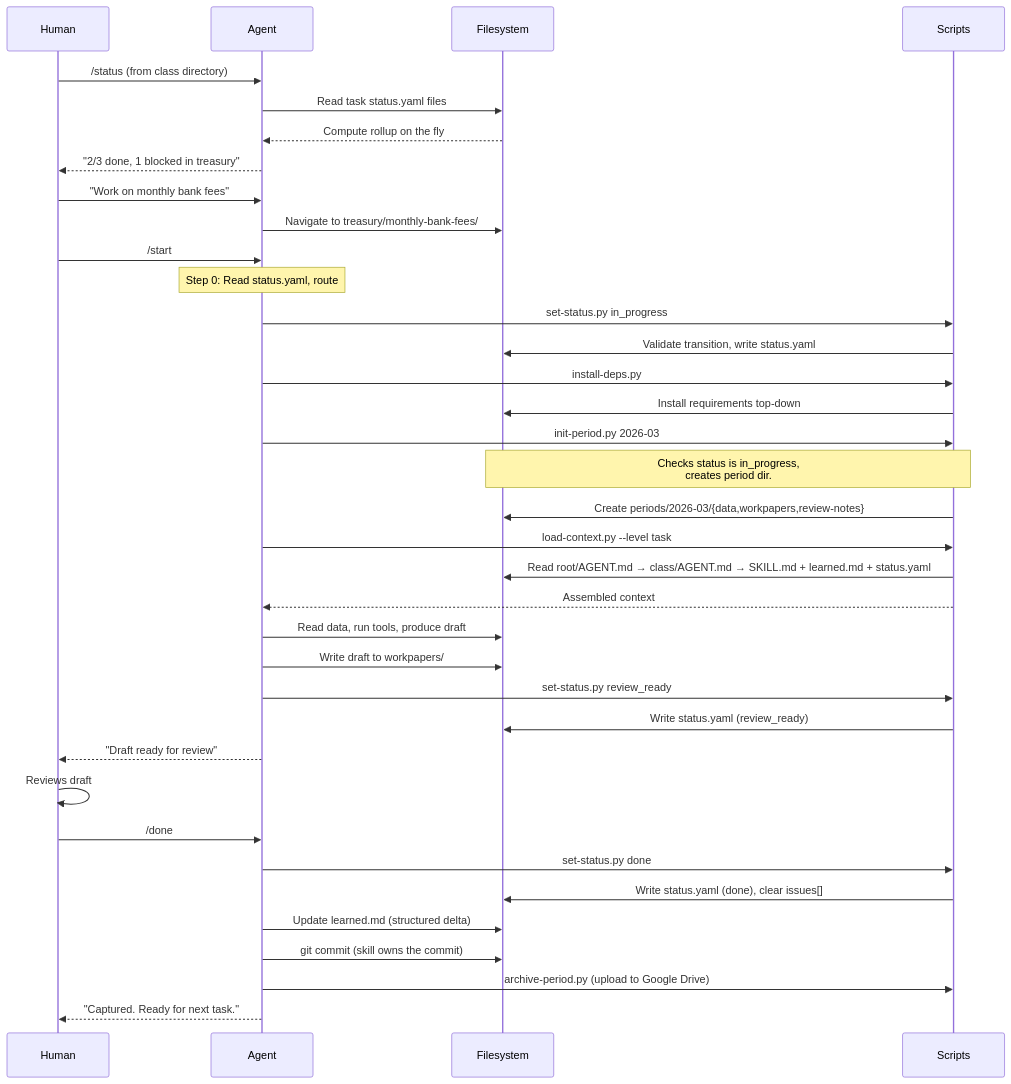
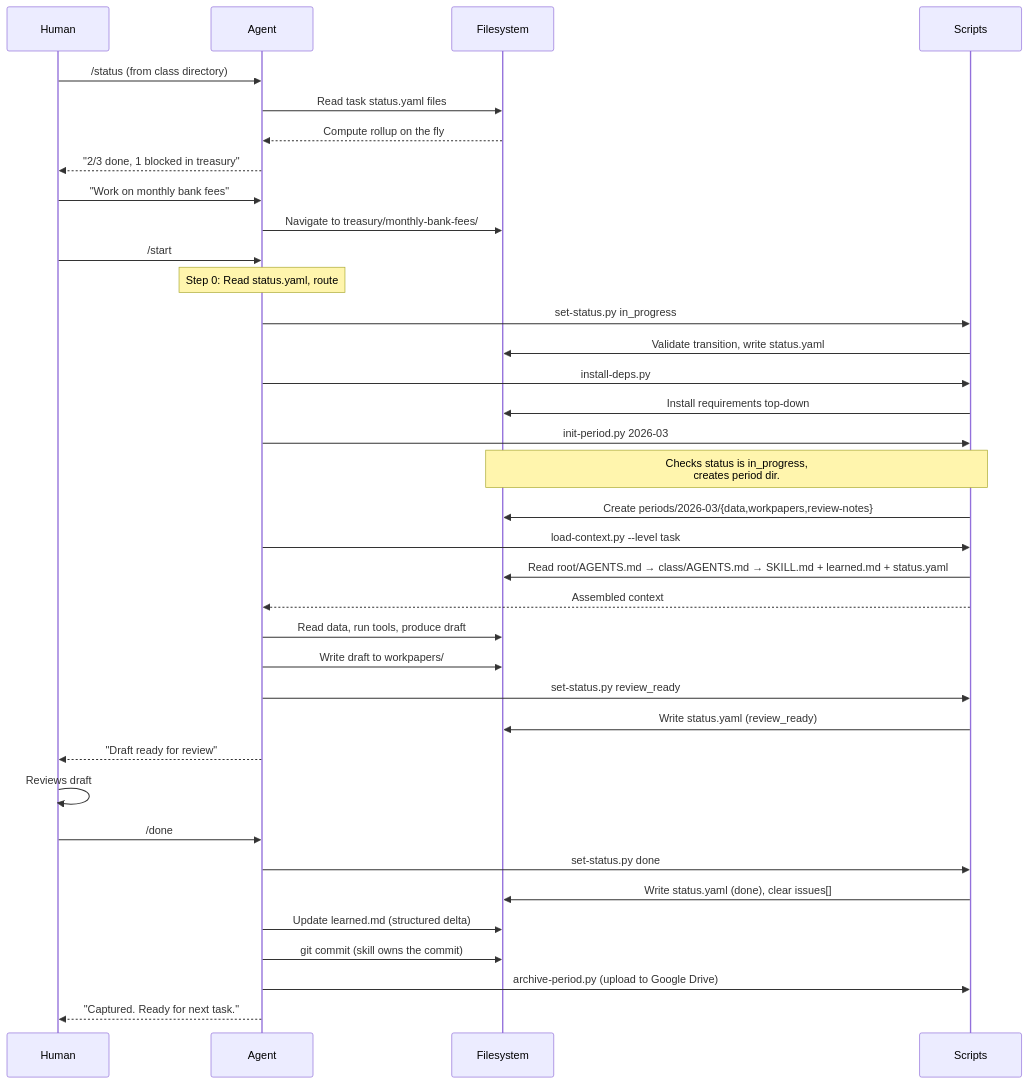
The fifth of 9 diagrams in spec/diagrams.md (TomFoolerrie/cadence), drawn with Mermaid before and after one commit. The commit also changed other lines of this file and 28 other files, not shown here.

````diff
--- a/spec/diagrams.md
+++ b/spec/diagrams.md
@@ -177,43 +177,43 @@
 ```mermaid
 sequenceDiagram
     participant H as Human
     participant A as Agent
     participant FS as Filesystem
     participant S as Scripts
 
     H->>A: /status (from class directory)
     A->>FS: Read task status.yaml files
     FS-->>A: Compute rollup on the fly
     A-->>H: "2/3 done, 1 blocked in treasury"
 
     H->>A: "Work on monthly bank fees"
     A->>FS: Navigate to treasury/monthly-bank-fees/
 
     H->>A: /start
     Note over A: Step 0: Read status.yaml, route
     A->>S: set-status.py in_progress
     S->>FS: Validate transition, write status.yaml
     A->>S: install-deps.py
     S->>FS: Install requirements top-down
     A->>S: init-period.py 2026-03
     Note over S,FS: Checks status is in_progress,<br/>creates period dir.
     S->>FS: Create periods/2026-03/{data,workpapers,review-notes}
     A->>S: load-context.py --level task
-    S->>FS: Read root/AGENT.md → class/AGENT.md → SKILL.md + learned.md + status.yaml
+    S->>FS: Read root/AGENTS.md → class/AGENTS.md → SKILL.md + learned.md + status.yaml
     S-->>A: Assembled context
 
     A->>FS: Read data, run tools, produce draft
     A->>FS: Write draft to workpapers/
     A->>S: set-status.py review_ready
     S->>FS: Write status.yaml (review_ready)
     A-->>H: "Draft ready for review"
 
     H->>H: Reviews draft
     H->>A: /done
     A->>S: set-status.py done
     S->>FS: Write status.yaml (done), clear issues[]
     A->>FS: Update learned.md (structured delta)
     A->>FS: git commit (skill owns the commit)
     A->>S: archive-period.py (upload to Google Drive)
     A-->>H: "Captured. Ready for next task."
 ```
````
